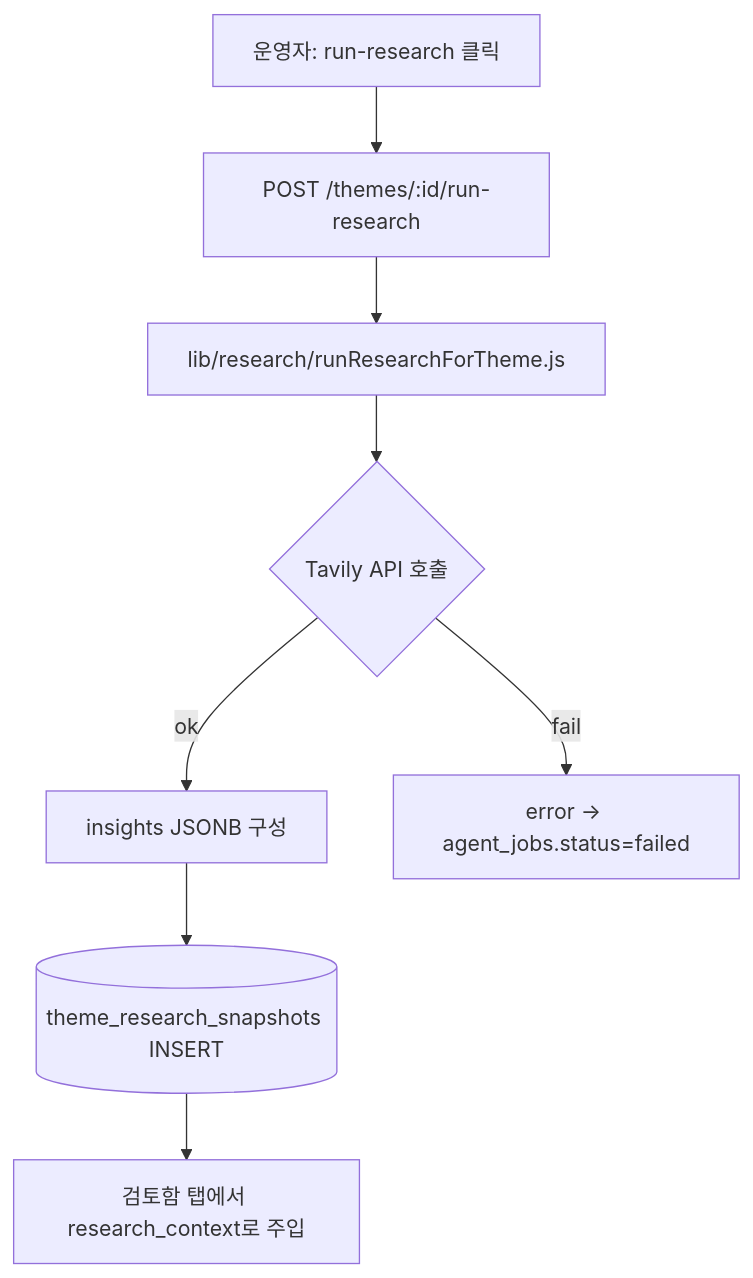
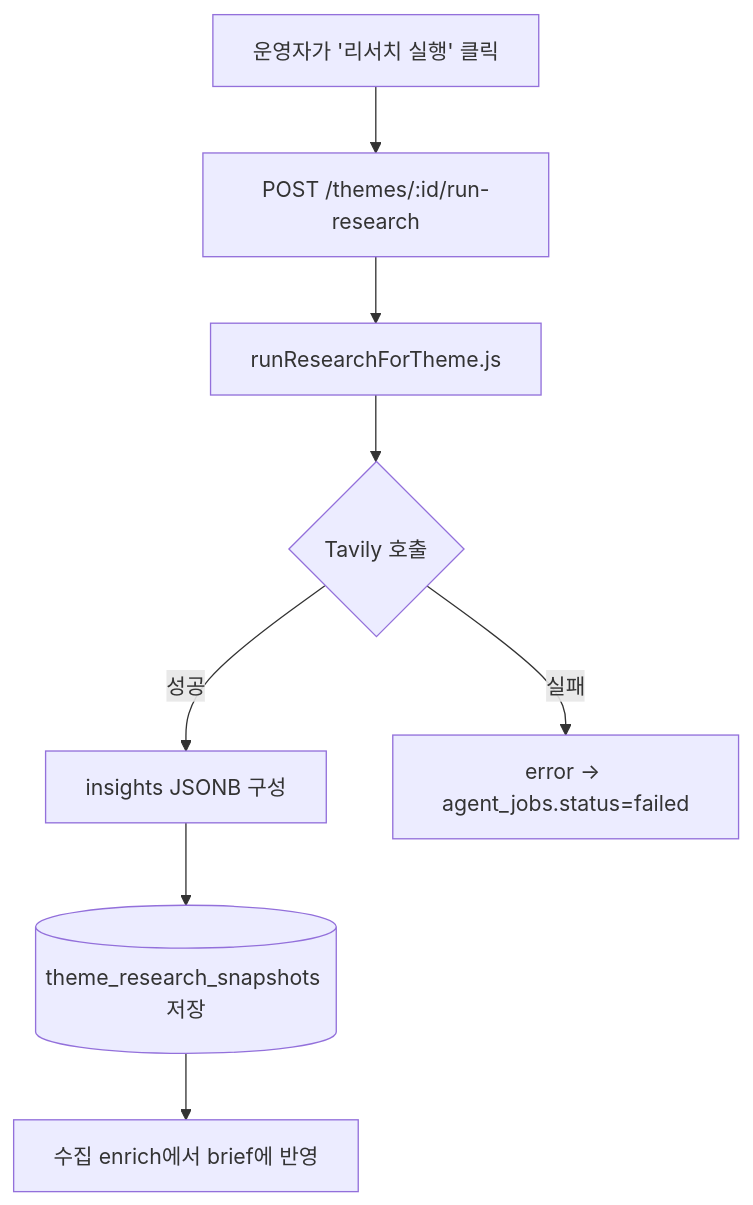
The fourth of 9 diagrams in docs/content-studio-pipeline-spec.md (giveneeds/give-randing), drawn with Mermaid before and after one commit. The commit also changed other lines of this file and 15 other files, not shown here.

First line of the commit message:
feat(content-studio): 텔레그램 채택 → 2차 워크플로우 안정화 + 명세·다이어그램 갱신

````diff
--- a/docs/content-studio-pipeline-spec.md
+++ b/docs/content-studio-pipeline-spec.md
@@ -117,10 +325,10 @@
 ```mermaid
 flowchart TD
-  S[운영자: run-research 클릭] --> A[POST /themes/:id/run-research]
-  A --> B[lib/research/runResearchForTheme.js]
-  B --> C{Tavily API 호출}
-  C -->|ok| D[insights JSONB 구성]
-  C -->|fail| E[error → agent_jobs.status=failed]
-  D --> F[(theme_research_snapshots INSERT)]
-  F --> G[검토함 탭에서 research_context로 주입]
+  S[운영자가 '리서치 실행' 클릭] --> A[POST /themes/:id/run-research]
+  A --> B[runResearchForTheme.js]
+  B --> C{Tavily 호출}
+  C -->|성공| D[insights JSONB 구성]
+  C -->|실패| E[error → agent_jobs.status=failed]
+  D --> F[(theme_research_snapshots 저장)]
+  F --> G[수집 enrich에서 brief에 반영]
 ```
````
